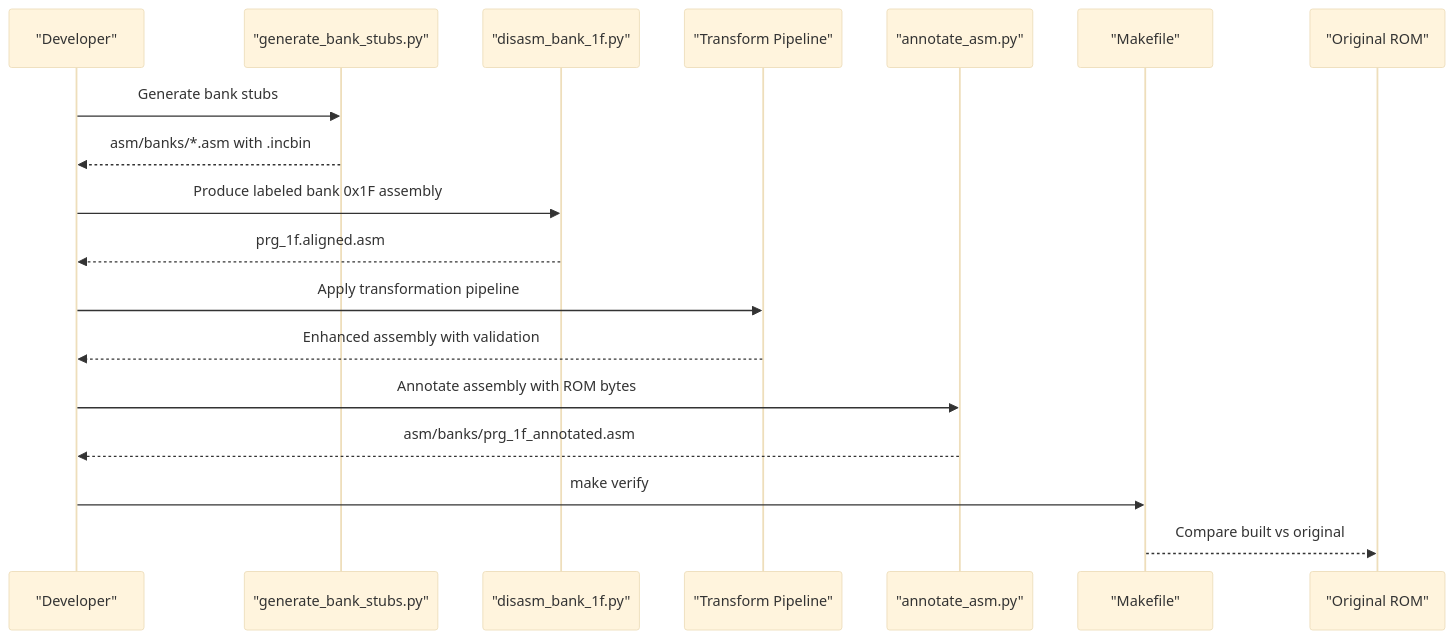
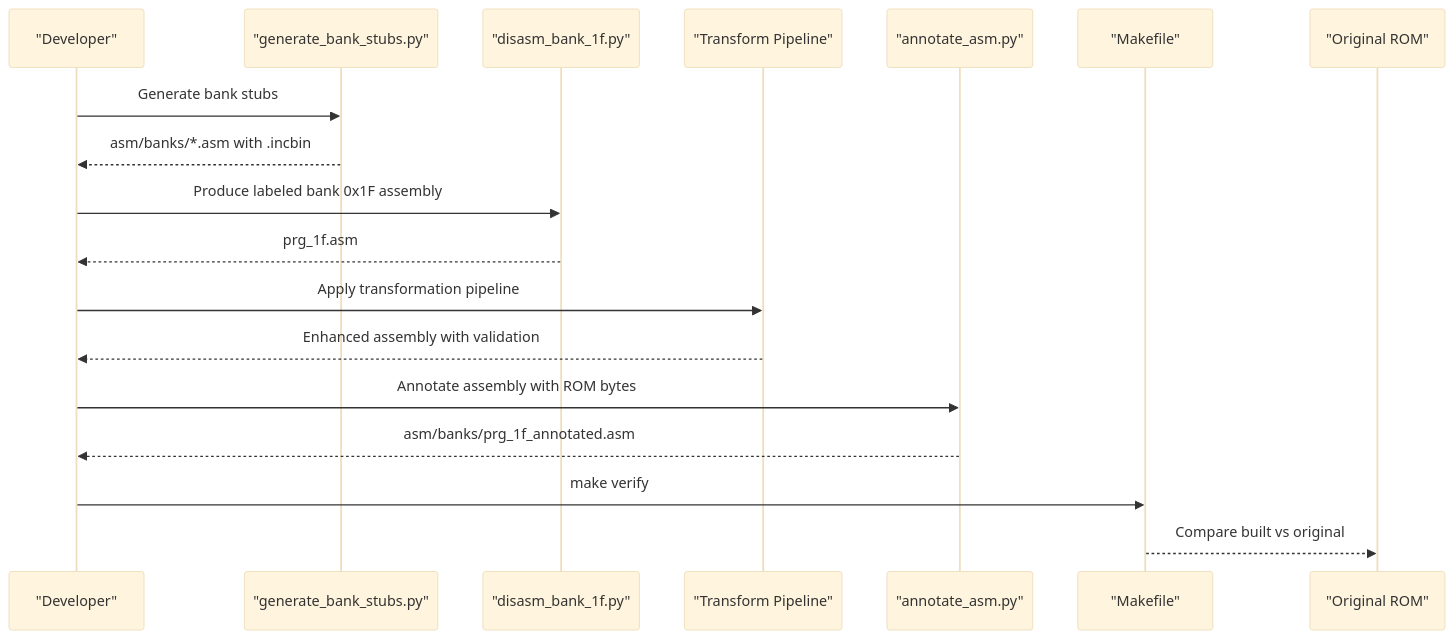
One commit to rabbyzero/sango2dasm changed the seventh of 10 diagrams in .qoder/repowiki/en/content/ROM Analysis and Understanding/ROM Analysis and Understanding.md. Above: the diagram before and after it, drawn with Mermaid (base theme). The commit also changed other lines of this file and 31 other files, not shown here.

Commit message:
prg bank $0a $0b WIP. rename prg_1f.aligned.asm to prg_1f.asm.

````diff
--- a/.qoder/repowiki/en/content/ROM Analysis and Understanding/ROM Analysis and Understanding.md
+++ b/.qoder/repowiki/en/content/ROM Analysis and Understanding/ROM Analysis and Understanding.md
@@ -362,20 +362,20 @@
 ```mermaid
 sequenceDiagram
 participant Dev as "Developer"
 participant Stubs as "generate_bank_stubs.py"
 participant Disasm as "disasm_bank_1f.py"
 participant Transform as "Transform Pipeline"
 participant Annot as "annotate_asm.py"
 participant Build as "Makefile"
 participant ROM as "Original ROM"
 Dev->>Stubs : Generate bank stubs
 Stubs-->>Dev : asm/banks/*.asm with .incbin
 Dev->>Disasm : Produce labeled bank 0x1F assembly
-Disasm-->>Dev : prg_1f.aligned.asm
+Disasm-->>Dev : prg_1f.asm
 Dev->>Transform : Apply transformation pipeline
 Transform-->>Dev : Enhanced assembly with validation
 Dev->>Annot : Annotate assembly with ROM bytes
 Annot-->>Dev : asm/banks/prg_1f_annotated.asm
 Dev->>Build : make verify
 Build-->>ROM : Compare built vs original
 ```
````
